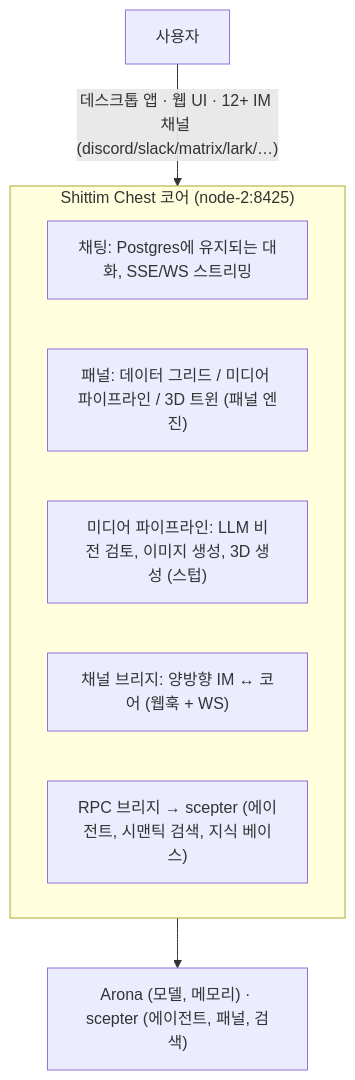
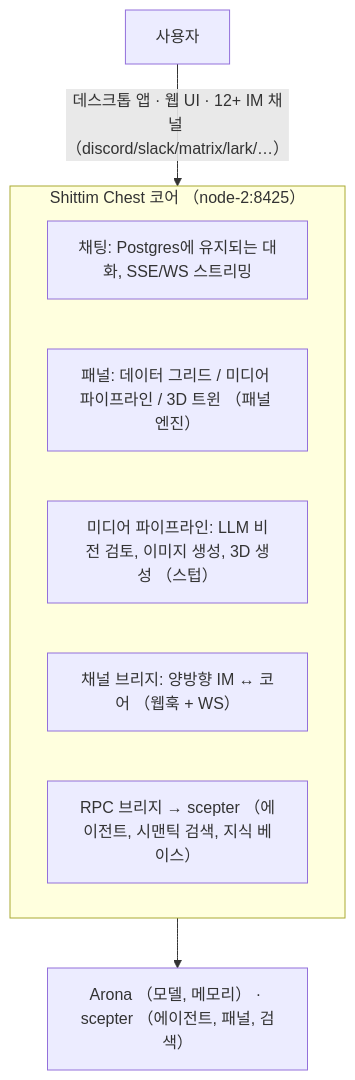
Before and after one commit to celestia-island/docs.celestia.world: the diagram in docs/ko/platforms/chest.md, drawn with Mermaid. The commit also changed 35 other files, not shown here.

First line of the commit message:
📝 Convert ASCII parentheses in mermaid fences to fullwidth across languages. (#96)

````diff
--- a/docs/ko/platforms/chest.md
+++ b/docs/ko/platforms/chest.md
@@ -11,13 +11,13 @@
 ```mermaid
 flowchart TD
     C["사용자"]
-    subgraph G["Shittim Chest 코어 (node-2:8425)"]
+    subgraph G["Shittim Chest 코어 （node-2:8425）"]
         N0["채팅: Postgres에 유지되는 대화, SSE/WS 스트리밍"]
-        N1["패널: 데이터 그리드 / 미디어 파이프라인 / 3D 트윈 (패널 엔진)"]
-        N2["미디어 파이프라인: LLM 비전 검토, 이미지 생성, 3D 생성 (스텁)"]
-        N3["채널 브리지: 양방향 IM ↔ 코어 (웹훅 + WS)"]
-        N4["RPC 브리지 → scepter (에이전트, 시맨틱 검색, 지식 베이스)"]
+        N1["패널: 데이터 그리드 / 미디어 파이프라인 / 3D 트윈 （패널 엔진）"]
+        N2["미디어 파이프라인: LLM 비전 검토, 이미지 생성, 3D 생성 （스텁）"]
+        N3["채널 브리지: 양방향 IM ↔ 코어 （웹훅 + WS）"]
+        N4["RPC 브리지 → scepter （에이전트, 시맨틱 검색, 지식 베이스）"]
     end
-    C -->|"데스크톱 앱 · 웹 UI · 12+ IM 채널 (discord/slack/matrix/lark/…)"| G
-    G --> B["Arona (모델, 메모리) · scepter (에이전트, 패널, 검색)"]
+    C -->|"데스크톱 앱 · 웹 UI · 12+ IM 채널 （discord/slack/matrix/lark/…）"| G
+    G --> B["Arona （모델, 메모리） · scepter （에이전트, 패널, 검색）"]
 ```
````
